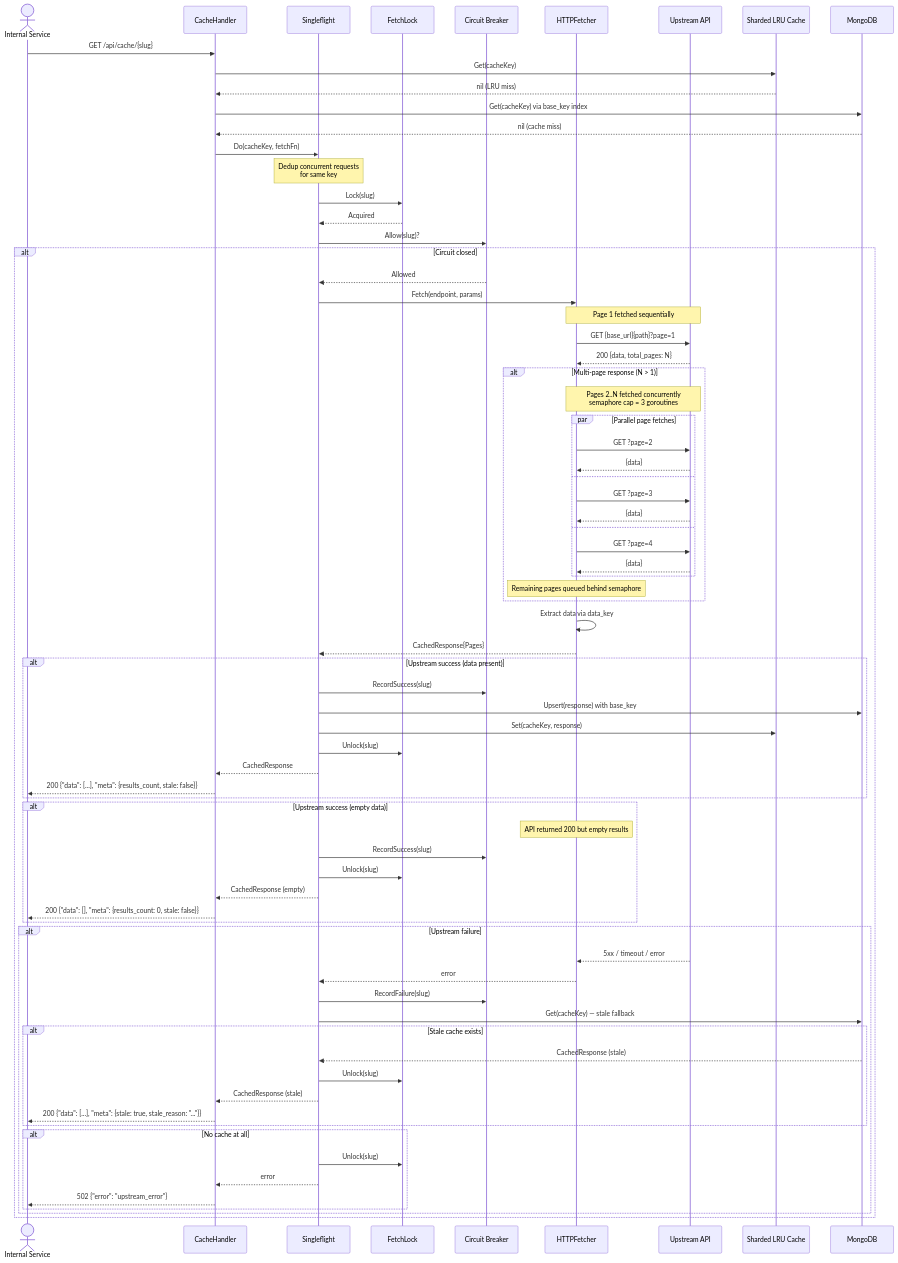
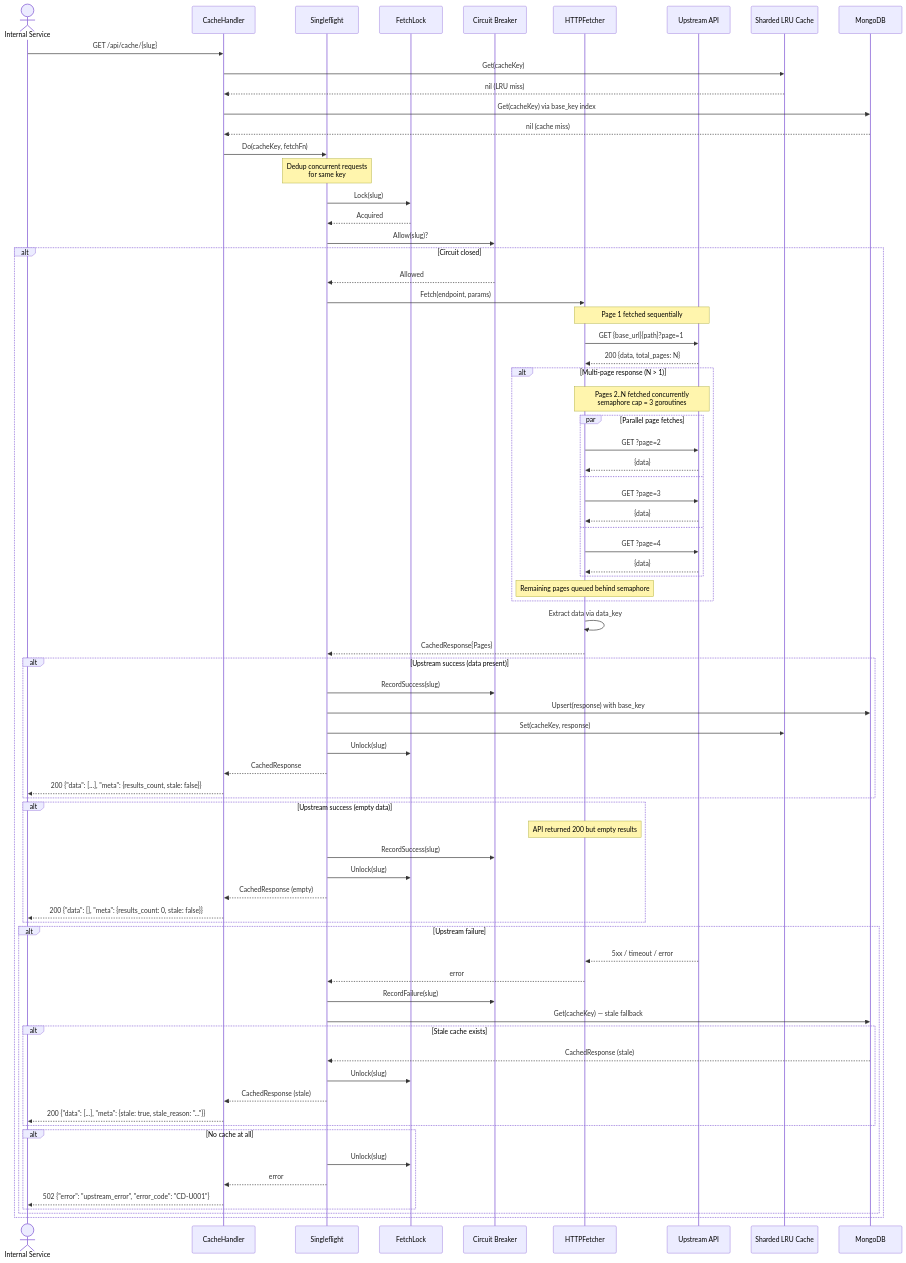
Before and after one commit to finish06/cash-drugs: the second of 21 diagrams in docs/sequence-diagram.md, drawn with Mermaid. The commit also changed other lines of this file and 31 other files, not shown here.

```diff
--- a/docs/sequence-diagram.md
+++ b/docs/sequence-diagram.md
@@ -116,7 +127,7 @@
             alt No cache at all
                 SF->>FL: Unlock(slug)
                 SF-->>CH: error
-                CH-->>Client: 502 {"error": "upstream_error"}
+                CH-->>Client: 502 {"error": "upstream_error", "error_code": "CD-U001"}
             end
         end
     end
```
